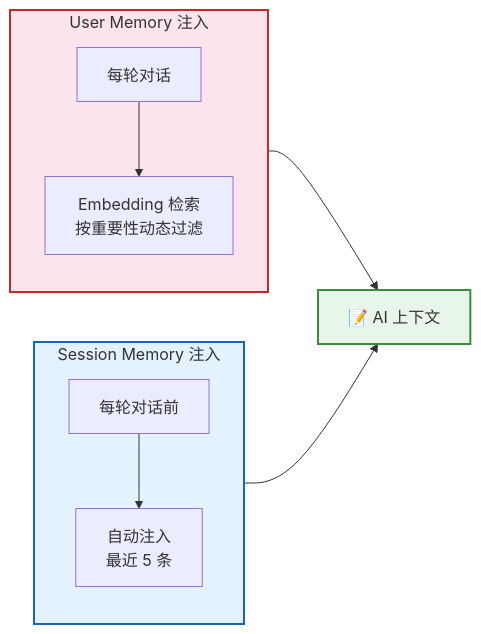
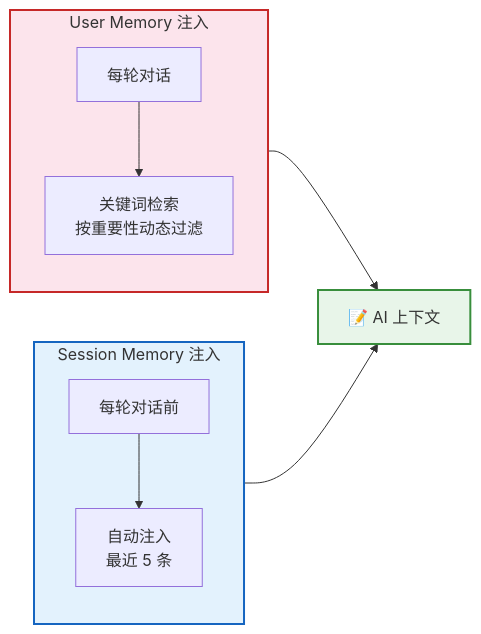
One commit to rtc-agent/docs changed the fifth of 7 diagrams in src/content/docs/features/memory.md. Above: the diagram before and after it, drawn with Mermaid. The commit also changed other lines of this file and 13 other files, not shown here.

````diff
--- a/src/content/docs/features/memory.md
+++ b/src/content/docs/features/memory.md
@@ -202,19 +192,19 @@
 ```mermaid
 flowchart LR
     subgraph SM_INJECT["Session Memory 注入"]
         direction TB
         SM1["每轮对话前"] --> SM2["自动注入<br/>最近 5 条"]
     end
 
     subgraph UM_INJECT["User Memory 注入"]
         direction TB
-        UM1["每轮对话"] --> UM2["Embedding 检索<br/>按重要性动态过滤"]
+        UM1["每轮对话"] --> UM2["关键词检索<br/>按重要性动态过滤"]
     end
 
     SM2 --> CTX["📝 AI 上下文"]
     UM2 --> CTX
 
     style SM_INJECT fill:#e3f2fd,stroke:#1565c0,stroke-width:2px
     style UM_INJECT fill:#fce4ec,stroke:#c62828,stroke-width:2px
     style CTX fill:#e8f5e9,stroke:#388e3c,stroke-width:2px
 ```
````
